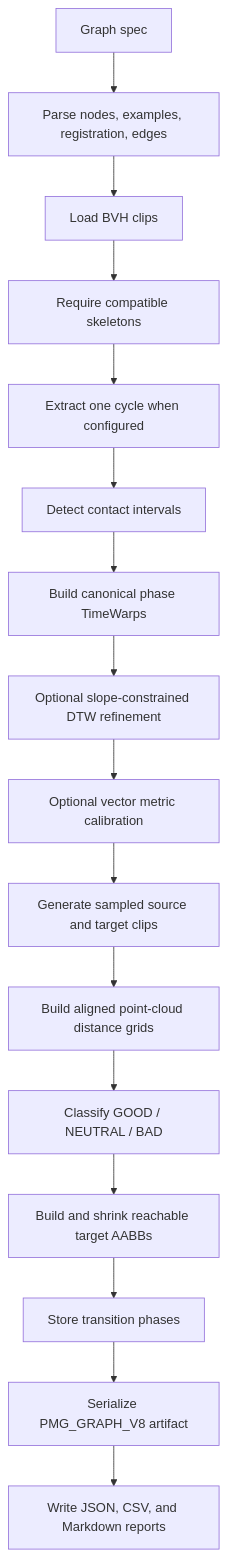
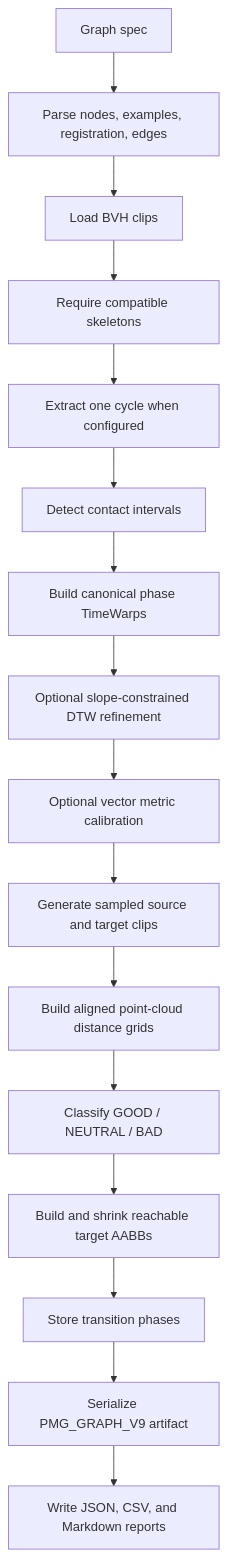
One commit to n01r1r/ParametricMotionGraphs changed the first of 2 diagrams in docs/DESIGN.md. Above: the diagram before and after it, drawn with Mermaid. The commit also changed other lines of this file and 5 other files, not shown here.

````diff
--- a/docs/DESIGN.md
+++ b/docs/DESIGN.md
@@ -31,18 +31,18 @@
 ```mermaid
 flowchart TD
     A["Graph spec"] --> B["Parse nodes, examples, registration, edges"]
     B --> C["Load BVH clips"]
     C --> D["Require compatible skeletons"]
     D --> E["Extract one cycle when configured"]
     E --> F["Detect contact intervals"]
     F --> G["Build canonical phase TimeWarps"]
     G --> H["Optional slope-constrained DTW refinement"]
     H --> I["Optional vector metric calibration"]
     I --> J["Generate sampled source and target clips"]
     J --> K["Build aligned point-cloud distance grids"]
     K --> L["Classify GOOD / NEUTRAL / BAD"]
     L --> M["Build and shrink reachable target AABBs"]
     M --> N["Store transition phases"]
-    N --> O["Serialize PMG_GRAPH_V8 artifact"]
+    N --> O["Serialize PMG_GRAPH_V9 artifact"]
     O --> P["Write JSON, CSV, and Markdown reports"]
 ```
````
